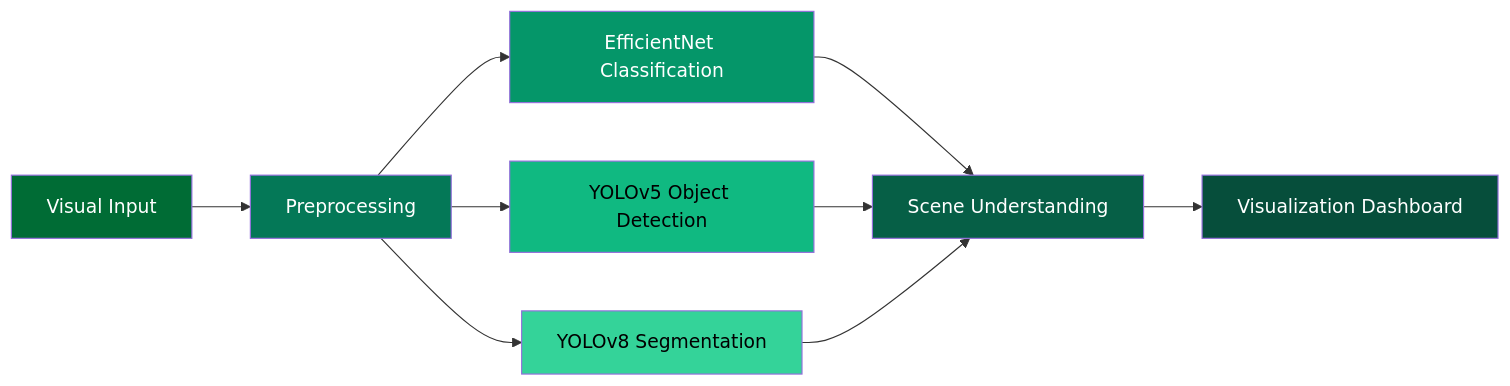
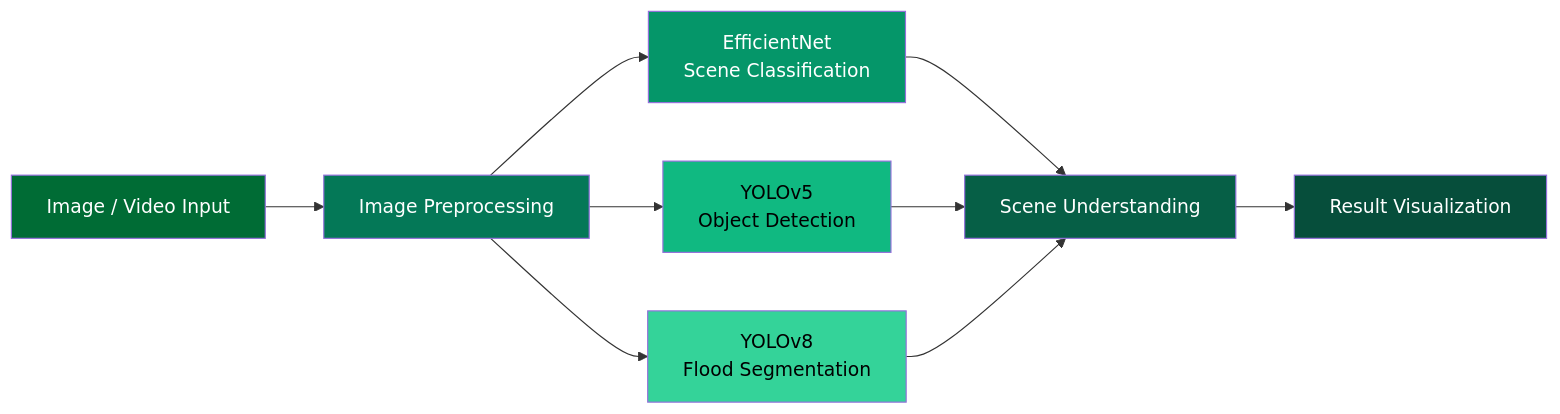
The first of 4 diagrams in README.md (WASAN-ALMUTAAN1/Emergency-Smart-Flood-Alerting-System), drawn with Mermaid before and after one commit. The commit also changed other lines of this file, not shown here.

````diff
--- a/README.md
+++ b/README.md
@@ -41,22 +43,23 @@
 ```mermaid
 flowchart LR
 
-A[Visual Input] --> B[Preprocessing]
-B --> C[EfficientNet Classification]
-B --> D[YOLOv5 Object Detection]
-B --> E[YOLOv8 Segmentation]
+A[Image / Video Input] --> B[Image Preprocessing]
+
+B --> C[EfficientNet<br>Scene Classification]
+B --> D[YOLOv5<br>Object Detection]
+B --> E[YOLOv8<br>Flood Segmentation]
 
 C --> F[Scene Understanding]
 D --> F
 E --> F
 
-F --> G[Visualization Dashboard]
+F --> G[Result Visualization]
 
 style A fill:#006C35,color:white
 style B fill:#047857,color:white
 style C fill:#059669,color:white
 style D fill:#10b981,color:black
 style E fill:#34d399,color:black
 style F fill:#065f46,color:white
 style G fill:#064e3b,color:white
 ```
````
